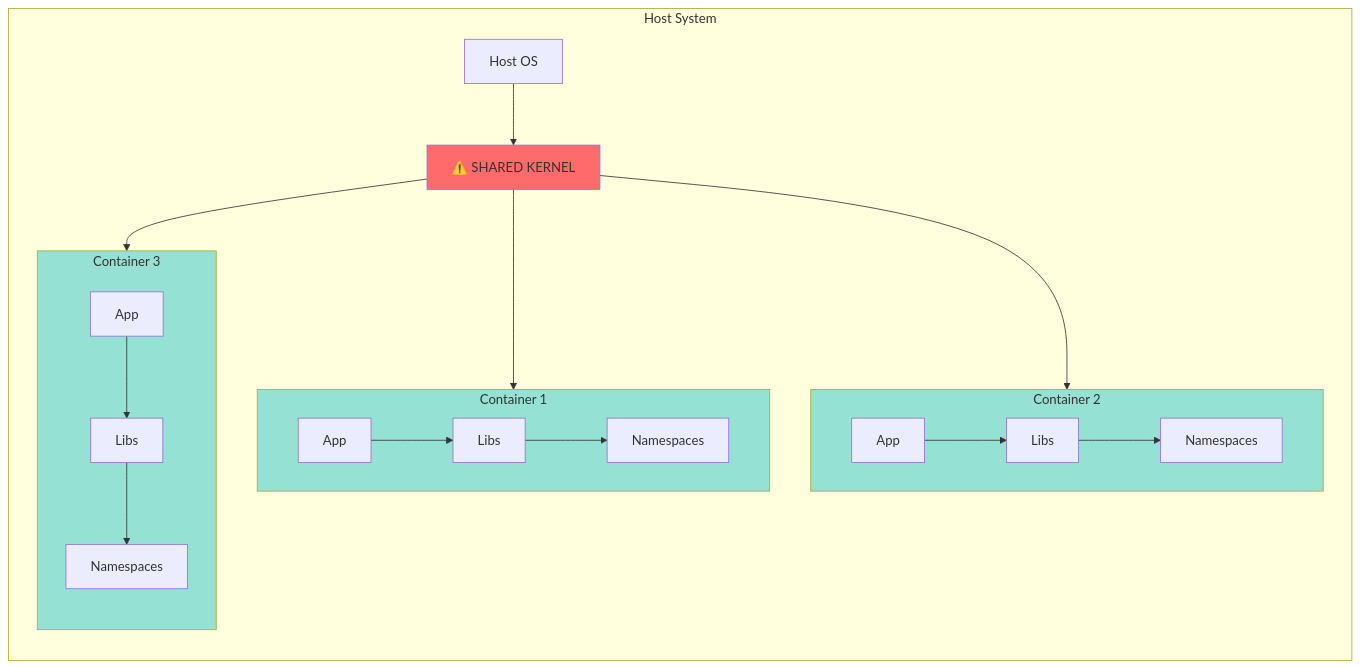
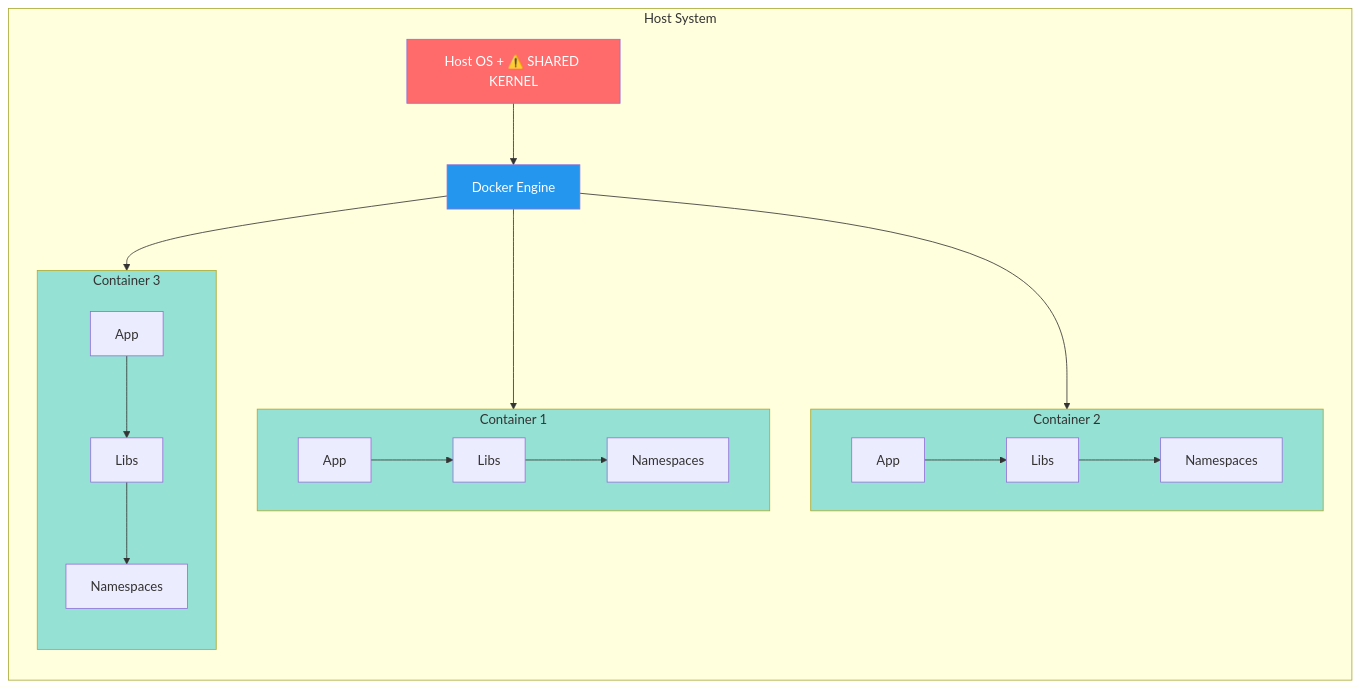
The second of 9 diagrams in series/web-security/w1-container-security-basics/materials/workshop-1-content.md (tfd-ed/tfd-workshop), drawn with Mermaid before and after one commit.

Commit message:
Kernel + Docker Engine

````diff
--- a/series/web-security/w1-container-security-basics/materials/workshop-1-content.md
+++ b/series/web-security/w1-container-security-basics/materials/workshop-1-content.md
@@ -78,39 +78,40 @@
 ```mermaid
 graph LR
     subgraph Host["Host System"]
-        HOS["Host OS"]
-        SK["⚠️ SHARED KERNEL"]
+        HOSK["Host OS + ⚠️ SHARED KERNEL"]
+        DE["Docker Engine"]
         
-        HOS --> SK
+        HOSK --> DE
         
-        SK --> C1
-        SK --> C2
-        SK --> C3
+        DE --> C1
+        DE --> C2
+        DE --> C3
     end
     
     subgraph C1["Container 1"]
         A1["App"]
         L1["Libs"]
         NS1["Namespaces"]
         A1 --> L1 --> NS1
     end
     
     subgraph C2["Container 2"]
         A2["App"]
         L2["Libs"]
         NS2["Namespaces"]
         A2 --> L2 --> NS2
     end
     
     subgraph C3["Container 3"]
         A3["App"]
         L3["Libs"]
         NS3["Namespaces"]
         A3 --> L3 --> NS3
     end
     
-    style SK fill:#ff6b6b
+    style HOSK fill:#ff6b6b,color:#fff
+    style DE fill:#2496ED,color:#fff
     style C1 fill:#95e1d3
     style C2 fill:#95e1d3
     style C3 fill:#95e1d3
 ```
````
